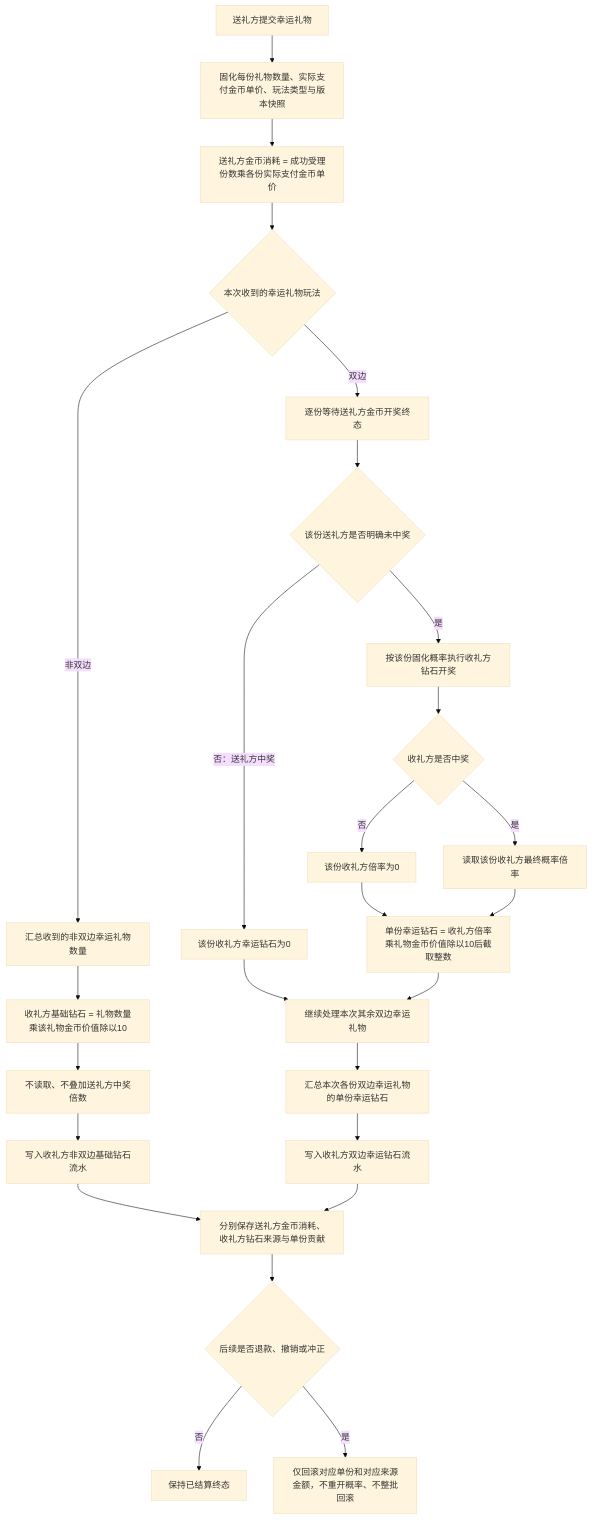
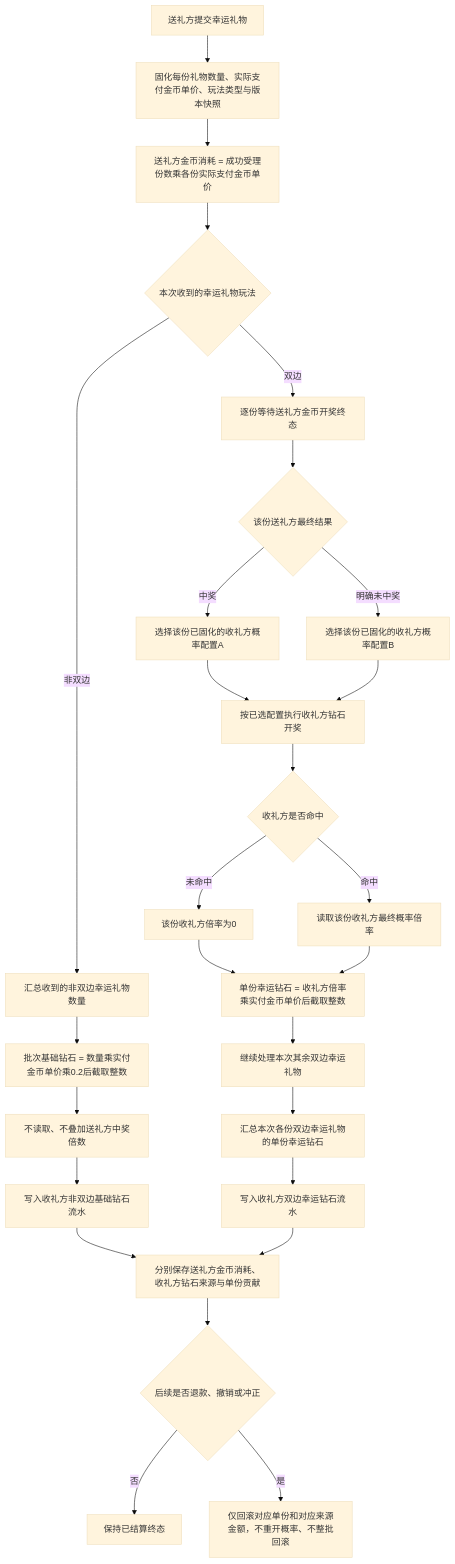
Before and after one commit to kocekid/LuckGift1.0: the third of 7 diagrams in 幸运礼物1.0_核心逻辑需求文档.md, drawn with Mermaid (base theme). The commit also changed other lines of this file and 2 other files, not shown here.

````diff
--- a/幸运礼物1.0_核心逻辑需求文档.md
+++ b/幸运礼物1.0_核心逻辑需求文档.md
@@ -244,28 +240,29 @@
 ```mermaid
 flowchart TD
     A[送礼方提交幸运礼物] --> B[固化每份礼物数量、实际支付金币单价、玩法类型与版本快照]
     B --> C[送礼方金币消耗 = 成功受理份数乘各份实际支付金币单价]
     C --> D{本次收到的幸运礼物玩法}
     D -->|非双边| E[汇总收到的非双边幸运礼物数量]
-    E --> F[收礼方基础钻石 = 礼物数量乘该礼物金币价值除以10]
+    E --> F[批次基础钻石 = 数量乘实付金币单价乘0.2后截取整数]
     F --> G[不读取、不叠加送礼方中奖倍数]
     G --> H[写入收礼方非双边基础钻石流水]
     D -->|双边| I[逐份等待送礼方金币开奖终态]
-    I --> J{该份送礼方是否明确未中奖}
-    J -->|否：送礼方中奖| K[该份收礼方幸运钻石为0]
-    J -->|是| L[按该份固化概率执行收礼方钻石开奖]
-    L --> M{收礼方是否中奖}
-    M -->|否| N[该份收礼方倍率为0]
-    M -->|是| O[读取该份收礼方最终概率倍率]
-    N --> P[单份幸运钻石 = 收礼方倍率乘礼物金币价值除以10后截取整数]
-    O --> P
-    K --> Q[继续处理本次其余双边幸运礼物]
+    I --> J{该份送礼方最终结果}
+    J -->|中奖| K[选择该份已固化的收礼方概率配置A]
+    J -->|明确未中奖| L[选择该份已固化的收礼方概率配置B]
+    K --> M[按已选配置执行收礼方钻石开奖]
+    L --> M
+    M --> N{收礼方是否命中}
+    N -->|未命中| O[该份收礼方倍率为0]
+    N -->|命中| P[读取该份收礼方最终概率倍率]
+    O --> Q[单份幸运钻石 = 收礼方倍率乘实付金币单价后截取整数]
     P --> Q
-    Q --> R[汇总本次各份双边幸运礼物的单份幸运钻石]
-    R --> S[写入收礼方双边幸运钻石流水]
-    H --> T[分别保存送礼方金币消耗、收礼方钻石来源与单份贡献]
-    S --> T
-    T --> U{后续是否退款、撤销或冲正}
-    U -->|否| V[保持已结算终态]
-    U -->|是| W[仅回滚对应单份和对应来源金额，不重开概率、不整批回滚]
+    Q --> R[继续处理本次其余双边幸运礼物]
+    R --> S[汇总本次各份双边幸运礼物的单份幸运钻石]
+    S --> T[写入收礼方双边幸运钻石流水]
+    H --> U[分别保存送礼方金币消耗、收礼方钻石来源与单份贡献]
+    T --> U
+    U --> V{后续是否退款、撤销或冲正}
+    V -->|否| W[保持已结算终态]
+    V -->|是| X[仅回滚对应单份和对应来源金额，不重开概率、不整批回滚]
 ```
````
